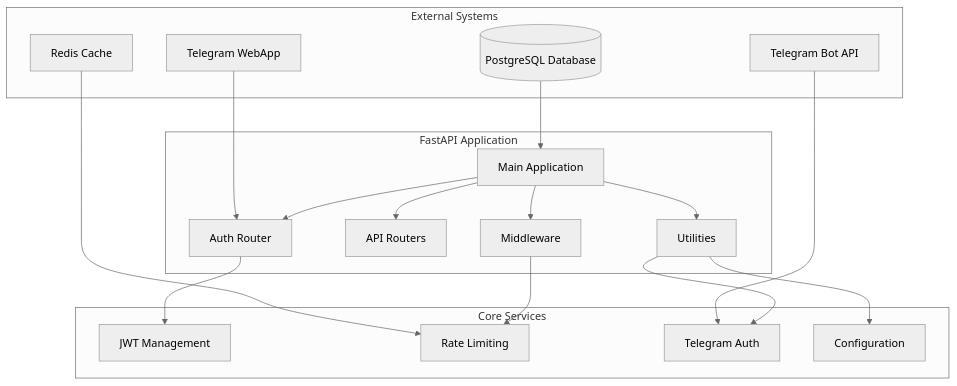
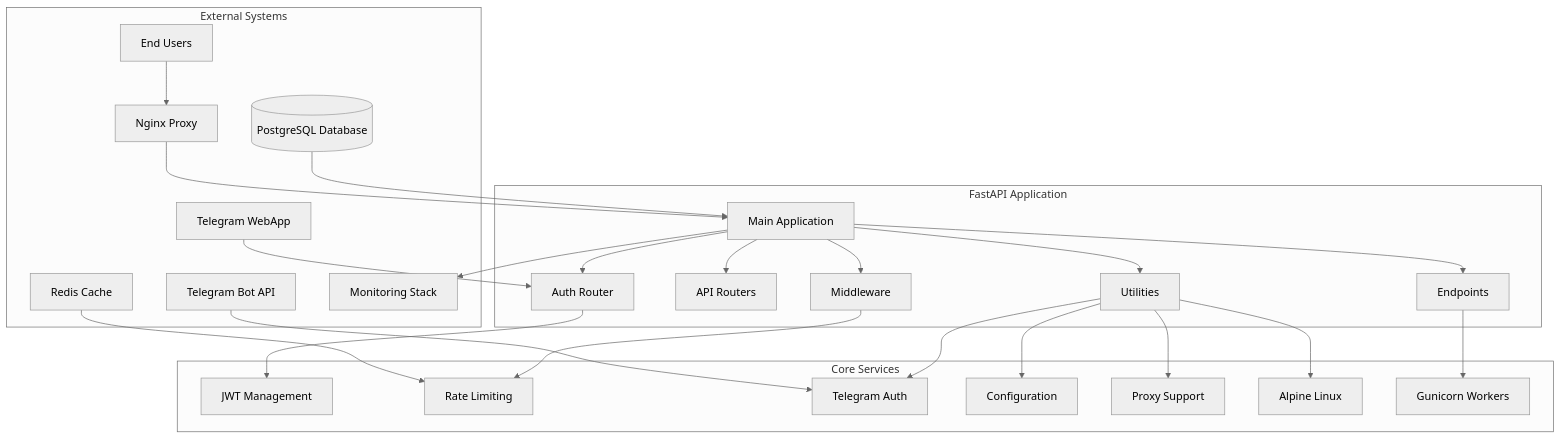
One commit to nilsnavi/fit_trackerpro changed the fourth of 6 diagrams in .qoder/repowiki/en/content/Backend API Documentation/Backend API Documentation.md. Above: the diagram before and after it, drawn with Mermaid (neutral theme). The commit also changed other lines of this file and 26 other files, not shown here.

````diff
--- a/.qoder/repowiki/en/content/Backend API Documentation/Backend API Documentation.md
+++ b/.qoder/repowiki/en/content/Backend API Documentation/Backend API Documentation.md
@@ -158,34 +196,48 @@
 ```mermaid
 graph TB
 subgraph "External Systems"
 TA[Telegram WebApp]
 TG[Telegram Bot API]
 RD[Redis Cache]
 DB[(PostgreSQL Database)]
+MON[Monitoring Stack]
+NGINX[Nginx Proxy]
+ENDUSER[End Users]
 end
 subgraph "FastAPI Application"
 APP[Main Application]
 AUTH[Auth Router]
 API[API Routers]
 MW[Middleware]
 UT[Utilities]
+ENDPT[Endpoints]
 end
 subgraph "Core Services"
 JWT[JWT Management]
 TL[Rate Limiting]
 TA2[Telegram Auth]
 CFG[Configuration]
+PROXY[Proxy Support]
+ALPINE[Alpine Linux]
+GUNICORN[Gunicorn Workers]
 end
+ENDUSER --> NGINX
+NGINX --> APP
 TA --> AUTH
 TG --> TA2
 RD --> TL
 DB --> APP
 APP --> AUTH
 APP --> API
 APP --> MW
 APP --> UT
 AUTH --> JWT
 MW --> TL
 UT --> TA2
 UT --> CFG
+UT --> PROXY
+UT --> ALPINE
+APP --> ENDPT
+ENDPT --> GUNICORN
+APP --> MON
 ```
````
